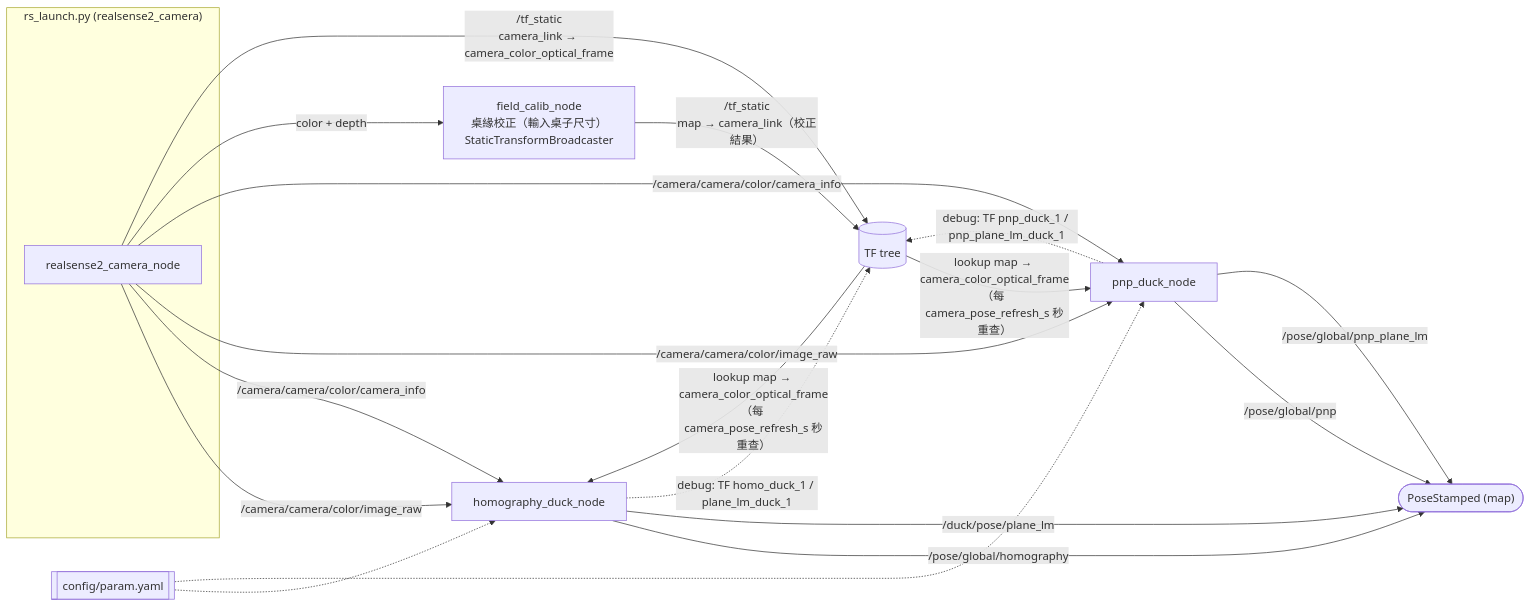
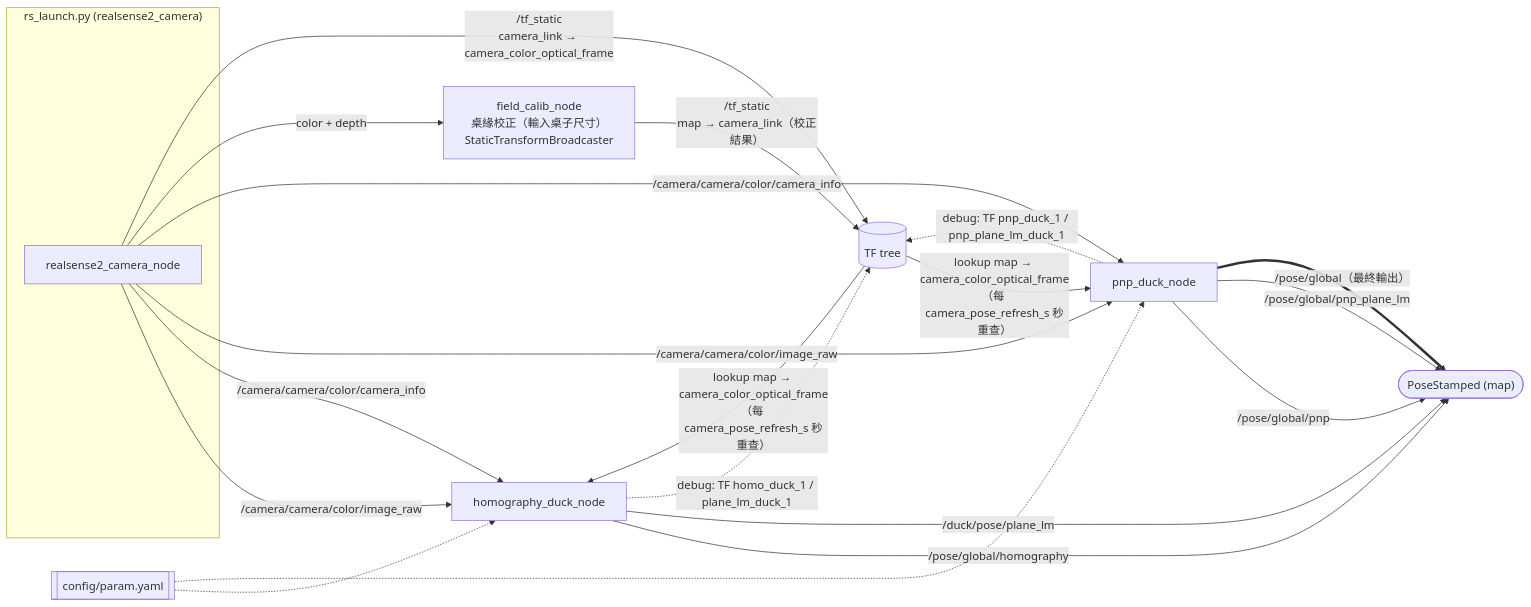
Before and after one commit to Latuuuuu/Hackathon-vision-server-localization: the first of 5 diagrams in FLOW.md, drawn with Mermaid. The commit also changed other lines of this file and 3 other files, not shown here.

Commit message:
topic name /pose/global

````diff
--- a/FLOW.md
+++ b/FLOW.md
@@ -14,28 +14,29 @@
 ```mermaid
 flowchart LR
     subgraph RS["rs_launch.py (realsense2_camera)"]
         CAM["realsense2_camera_node"]
     end
     FC["field_calib_node<br/>桌緣校正（輸入桌子尺寸）<br/>StaticTransformBroadcaster"]
 
     CAM -- "/camera/camera/color/image_raw" --> HD
     CAM -- "/camera/camera/color/camera_info" --> HD
     CAM -- "/camera/camera/color/image_raw" --> PD
     CAM -- "/camera/camera/color/camera_info" --> PD
 
     FC -- "/tf_static<br/>map → camera_link（校正結果）" --> TF[("TF tree")]
     CAM -- "color + depth" --> FC
     CAM -- "/tf_static<br/>camera_link → camera_color_optical_frame" --> TF
     TF -- "lookup map → camera_color_optical_frame<br/>（每 camera_pose_refresh_s 秒重查）" --> HD
     TF -- "lookup map → camera_color_optical_frame<br/>（每 camera_pose_refresh_s 秒重查）" --> PD
 
     PY[["config/param.yaml"]] -.-> HD
     PY -.-> PD
 
     HD["homography_duck_node"] -- "/pose/global/homography" --> OUT(["PoseStamped (map)"])
     HD -- "/duck/pose/plane_lm" --> OUT
     PD["pnp_duck_node"] -- "/pose/global/pnp" --> OUT
     PD -- "/pose/global/pnp_plane_lm" --> OUT
+    PD == "/pose/global（最終輸出）" ==> OUT
     HD -. "debug: TF homo_duck_1 / plane_lm_duck_1" .-> TF
     PD -. "debug: TF pnp_duck_1 / pnp_plane_lm_duck_1" .-> TF
 ```
````
